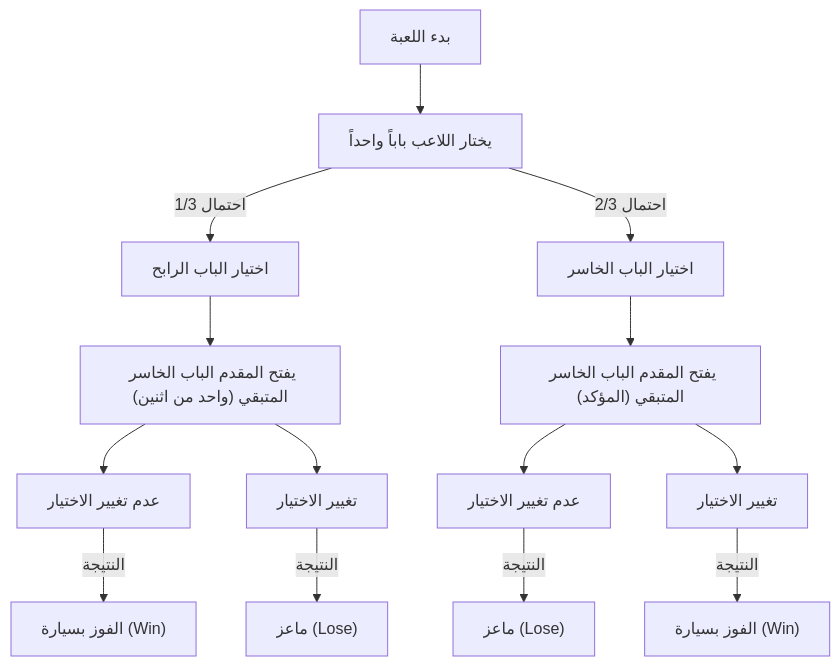
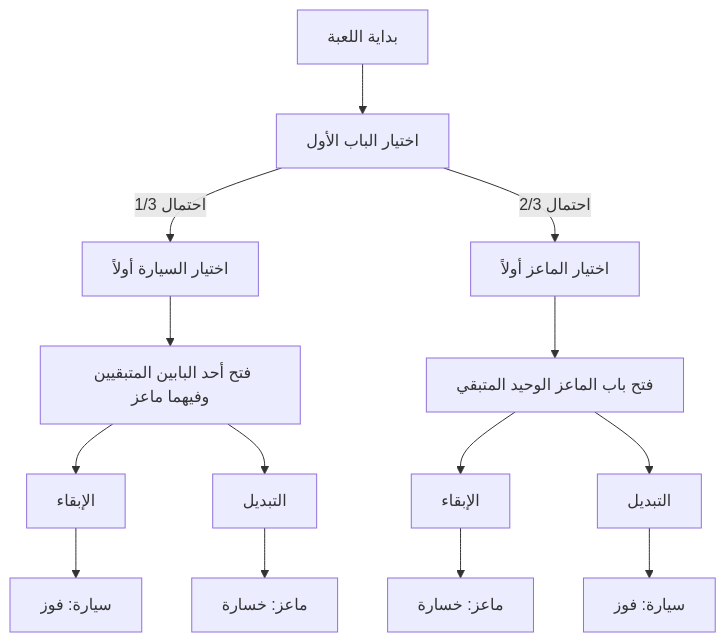
Before and after one commit to kenjinote/blog: the first of 2 diagrams in content/post/paradox-monty-hall-problem/index.ar.md, drawn with Mermaid. The commit also changed other lines of this file and 12 other files, not shown here.

````diff
--- a/content/post/paradox-monty-hall-problem/index.ar.md
+++ b/content/post/paradox-monty-hall-problem/index.ar.md
@@ -97,21 +53,16 @@
 ```mermaid
 flowchart TD
-    Start["بدء اللعبة"] --> Choose["يختار اللاعب باباً واحداً"]
-    Choose -- "احتمال 1/3" --> ChooseCar["اختيار الباب الرابح"]
-    Choose -- "احتمال 2/3" --> ChooseGoat["اختيار الباب الخاسر"]
-    
-    ChooseCar --> MontyOpensGoat1["يفتح المقدم الباب الخاسر المتبقي (واحد من اثنين)"]
-    ChooseGoat --> MontyOpensGoat2["يفتح المقدم الباب الخاسر المتبقي (المؤكد)"]
-    
-    MontyOpensGoat1 --> Stay1["عدم تغيير الاختيار"]
-    MontyOpensGoat1 --> Switch1["تغيير الاختيار"]
-    
-    MontyOpensGoat2 --> Stay2["عدم تغيير الاختيار"]
-    MontyOpensGoat2 --> Switch2["تغيير الاختيار"]
-    
-    Stay1 -- "النتيجة" --> Win1["الفوز بسيارة (Win)"]
-    Switch1 -- "النتيجة" --> Lose1["ماعز (Lose)"]
-    
-    Stay2 -- "النتيجة" --> Lose2["ماعز (Lose)"]
-    Switch2 -- "النتيجة" --> Win2["الفوز بسيارة (Win)"]
+    Start["بداية اللعبة"] --> Choose["اختيار الباب الأول"]
+    Choose -- "احتمال 1/3" --> ChooseCar["اختيار السيارة أولاً"]
+    Choose -- "احتمال 2/3" --> ChooseGoat["اختيار الماعز أولاً"]
+    ChooseCar --> MontyOpensGoat1["فتح أحد البابين المتبقيين وفيهما ماعز"]
+    ChooseGoat --> MontyOpensGoat2["فتح باب الماعز الوحيد المتبقي"]
+    MontyOpensGoat1 --> Stay1["الإبقاء"]
+    MontyOpensGoat1 --> Switch1["التبديل"]
+    MontyOpensGoat2 --> Stay2["الإبقاء"]
+    MontyOpensGoat2 --> Switch2["التبديل"]
+    Stay1 --> Win1["سيارة: فوز"]
+    Switch1 --> Lose1["ماعز: خسارة"]
+    Stay2 --> Lose2["ماعز: خسارة"]
+    Switch2 --> Win2["سيارة: فوز"]
 ```
````
